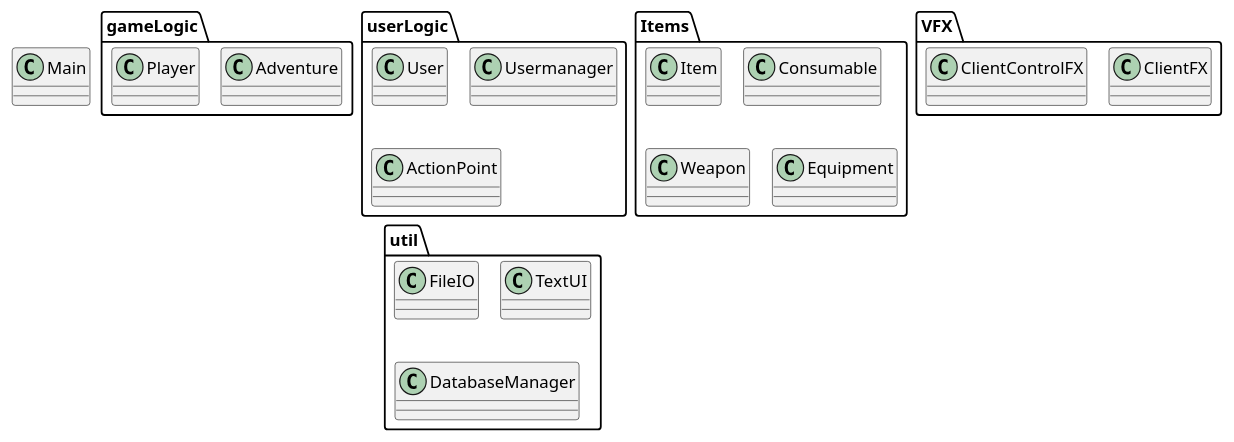
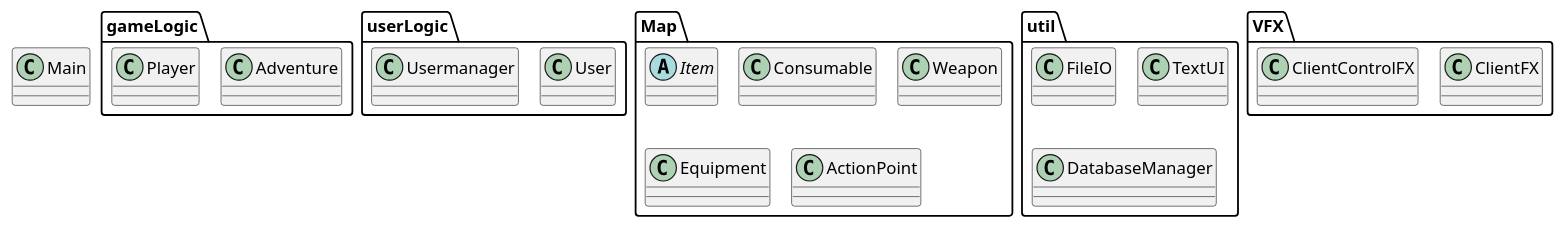
One commit to EmilXavierVT/2025ICE changed the diagram in doc/Package0.puml. Above: the diagram before and after it, drawn with PlantUML. The commit also changed 10 other files, not shown here.

```diff
--- a/doc/Package0.puml
+++ b/doc/Package0.puml
@@ -1,44 +1,45 @@
 @startuml
 !pragma layout smetana
 'https://plantuml.com/class-diagram
 
 
 class Main
 
 package gameLogic{
 class Adventure
 class Player
 }
 
 package userLogic{
 class User
 class Usermanager
-class ActionPoint
+
 }
 
-package Items{
-class Item
+package Map{
+abstract class Item
 class Consumable
 class Weapon
 class Equipment
+class ActionPoint
 }
 
 
 package util{
 class FileIO
 class TextUI
 class DatabaseManager
 }
 
 package VFX{
 class ClientFX
 class ClientControlFX
 }
 
 
 
 
 
 
 
 @enduml
```
